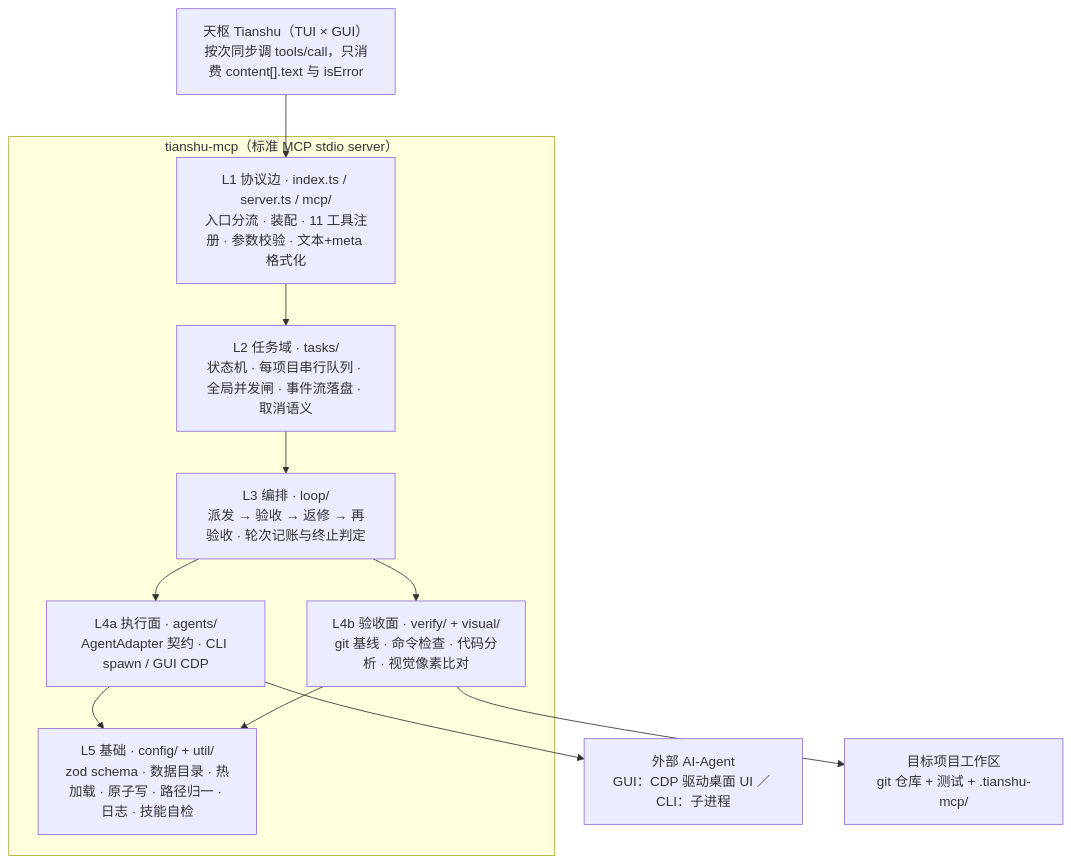
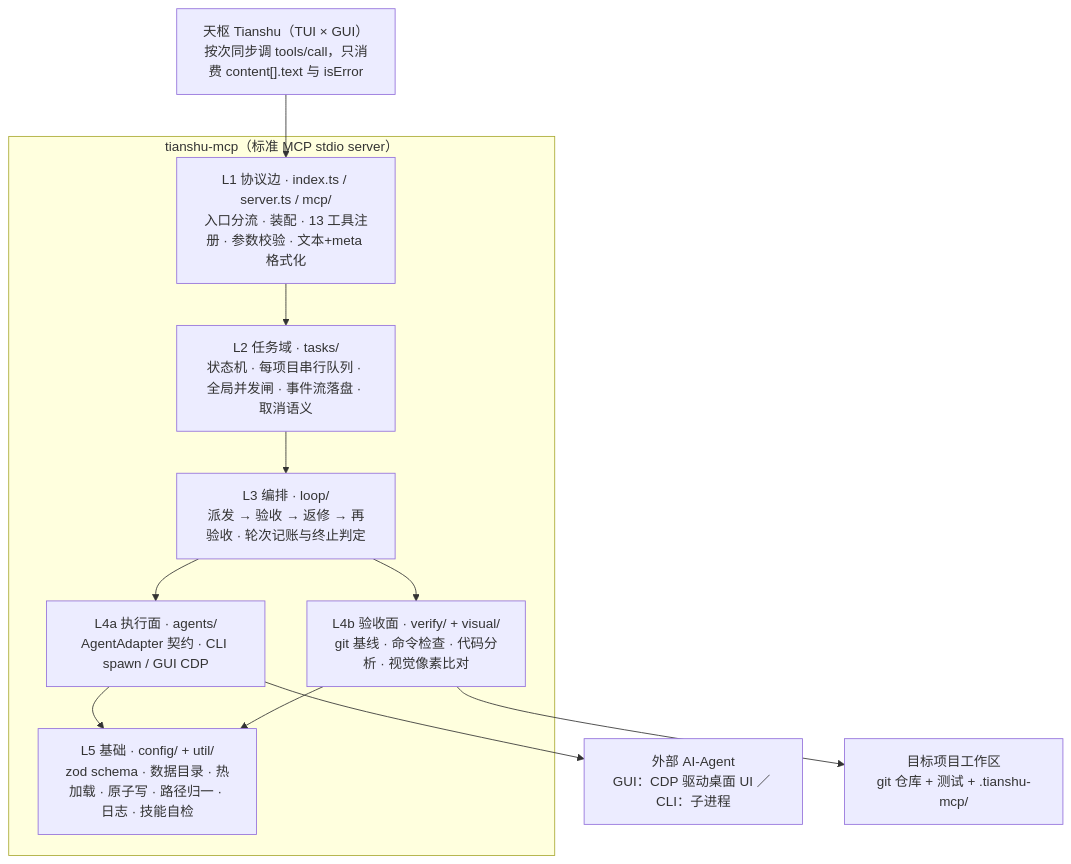
One commit to jian-in/tianshu-mcp changed the first of 2 diagrams in docs/core-principles.md. Above: the diagram before and after it, drawn with Mermaid. The commit also changed other lines of this file and 29 other files, not shown here.

````diff
--- a/docs/core-principles.md
+++ b/docs/core-principles.md
@@ -50,22 +50,22 @@
 ```mermaid
 flowchart TB
   T["天枢 Tianshu（TUI × GUI）<br/>按次同步调 tools/call，只消费 content[].text 与 isError"]
   subgraph S["tianshu-mcp（标准 MCP stdio server）"]
-    L1["L1 协议边 · index.ts / server.ts / mcp/<br/>入口分流 · 装配 · 11 工具注册 · 参数校验 · 文本+meta 格式化"]
+    L1["L1 协议边 · index.ts / server.ts / mcp/<br/>入口分流 · 装配 · 13 工具注册 · 参数校验 · 文本+meta 格式化"]
     L2["L2 任务域 · tasks/<br/>状态机 · 每项目串行队列 · 全局并发闸 · 事件流落盘 · 取消语义"]
     L3["L3 编排 · loop/<br/>派发 → 验收 → 返修 → 再验收 · 轮次记账与终止判定"]
     L4a["L4a 执行面 · agents/<br/>AgentAdapter 契约 · CLI spawn / GUI CDP"]
     L4b["L4b 验收面 · verify/ + visual/<br/>git 基线 · 命令检查 · 代码分析 · 视觉像素比对"]
     L5["L5 基础 · config/ + util/<br/>zod schema · 数据目录 · 热加载 · 原子写 · 路径归一 · 日志 · 技能自检"]
     L1 --> L2 --> L3
     L3 --> L4a
     L3 --> L4b
     L4a --> L5
     L4b --> L5
   end
   AG["外部 AI-Agent<br/>GUI：CDP 驱动桌面 UI ／ CLI：子进程"]
   WS["目标项目工作区<br/>git 仓库 + 测试 + .tianshu-mcp/"]
   T --> L1
   L4a --> AG
   L4b --> WS
 ```
````
